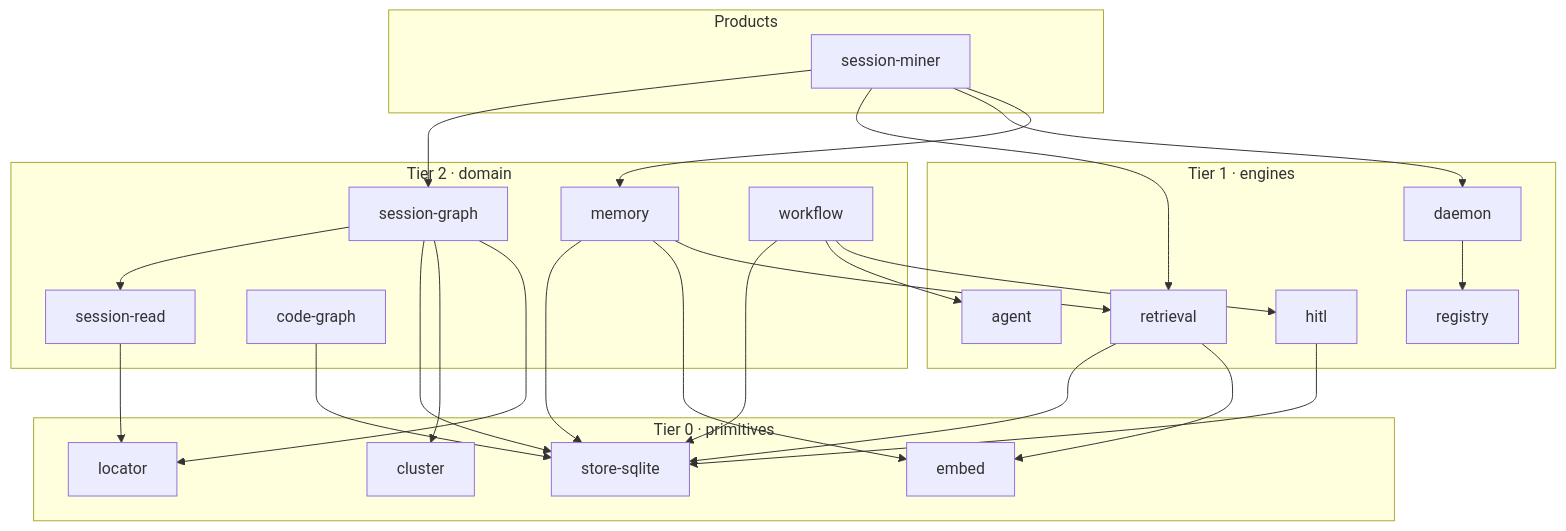
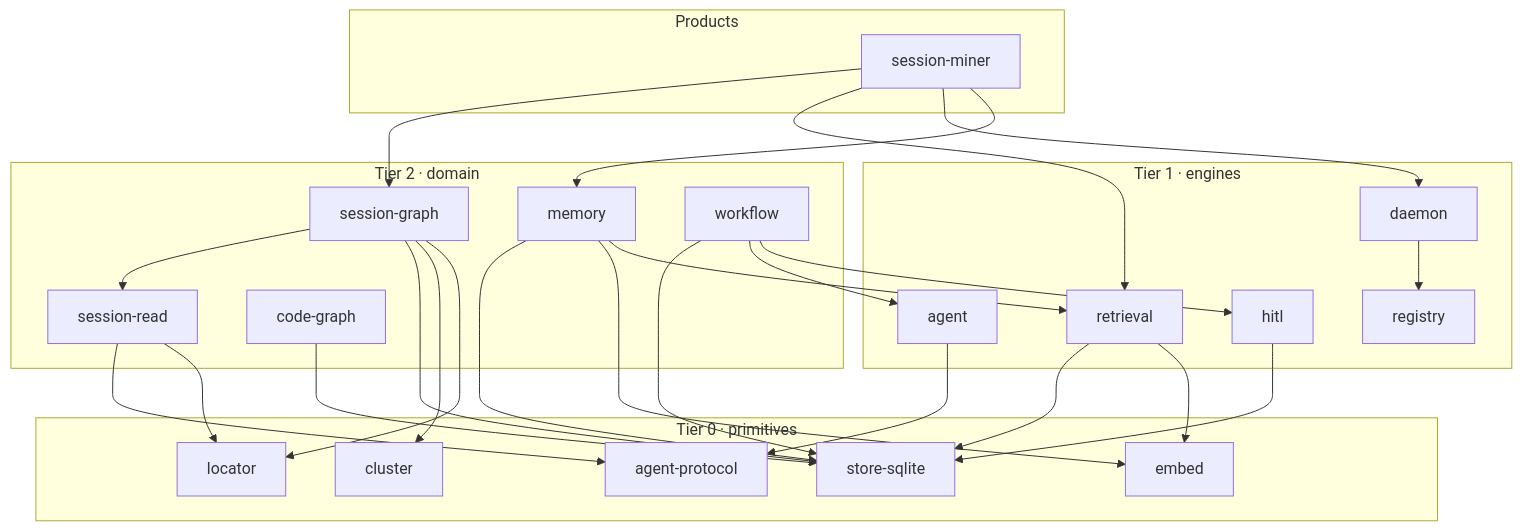
The first of 2 diagrams in site/guides/architecture.md (HJewkes/titan-platform), drawn with Mermaid before and after one commit. The commit also changed other lines of this file and 28 other files, not shown here.

````diff
--- a/site/guides/architecture.md
+++ b/site/guides/architecture.md
@@ -18,47 +18,50 @@
 ```mermaid
 graph TD
   subgraph T0["Tier 0 · primitives"]
     store["store-sqlite"]
     locator["locator"]
     clusterpkg["cluster"]
     embed["embed"]
+    protocol["agent-protocol"]
   end
   subgraph T1["Tier 1 · engines"]
     retrieval["retrieval"]
     agent["agent"]
     registry["registry"]
     daemon["daemon"]
     hitl["hitl"]
   end
   subgraph T2["Tier 2 · domain"]
     sessionread["session-read"]
     sessiongraph["session-graph"]
     codegraph["code-graph"]
     memory["memory"]
     workflow["workflow"]
   end
   subgraph P["Products"]
     miner["session-miner"]
   end
 
   retrieval --> store
   retrieval --> embed
   daemon --> registry
   hitl --> store
+  agent --> protocol
+  sessionread --> protocol
   sessionread --> locator
   sessiongraph --> sessionread
   sessiongraph --> store
   sessiongraph --> clusterpkg
   sessiongraph --> locator
   codegraph --> store
   memory --> store
   memory --> embed
   memory --> retrieval
   workflow --> store
   workflow --> agent
   workflow --> hitl
   miner --> sessiongraph
   miner --> retrieval
   miner --> daemon
   miner --> memory
 ```
````
